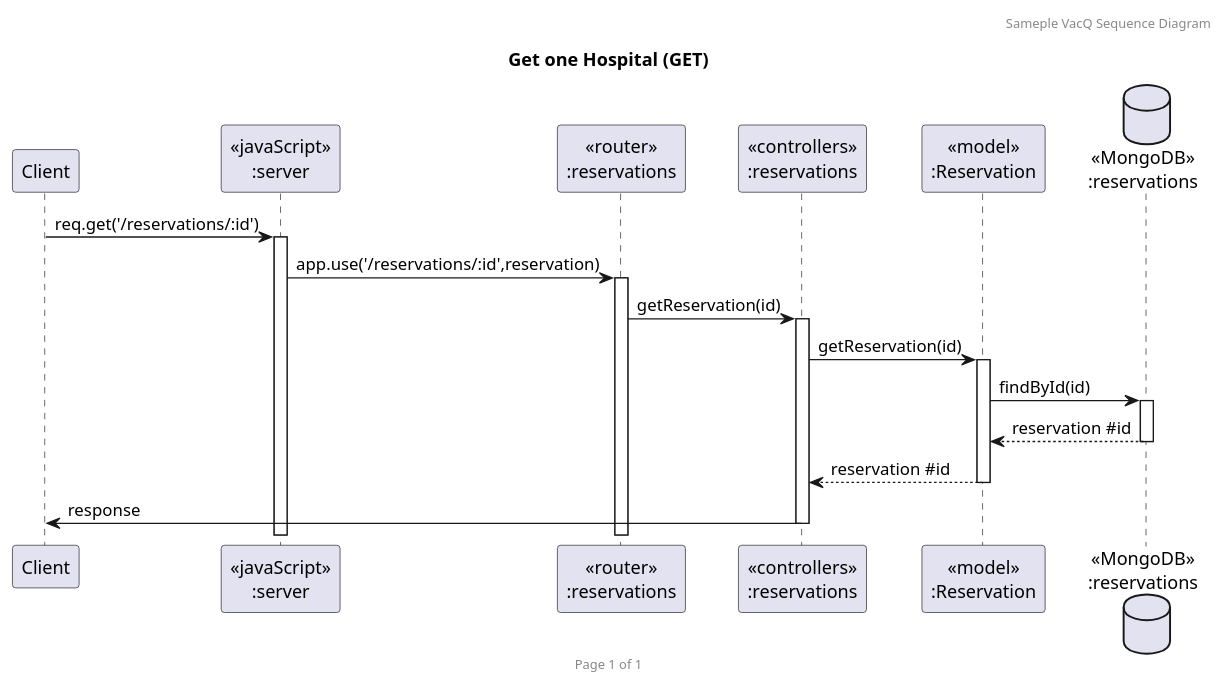
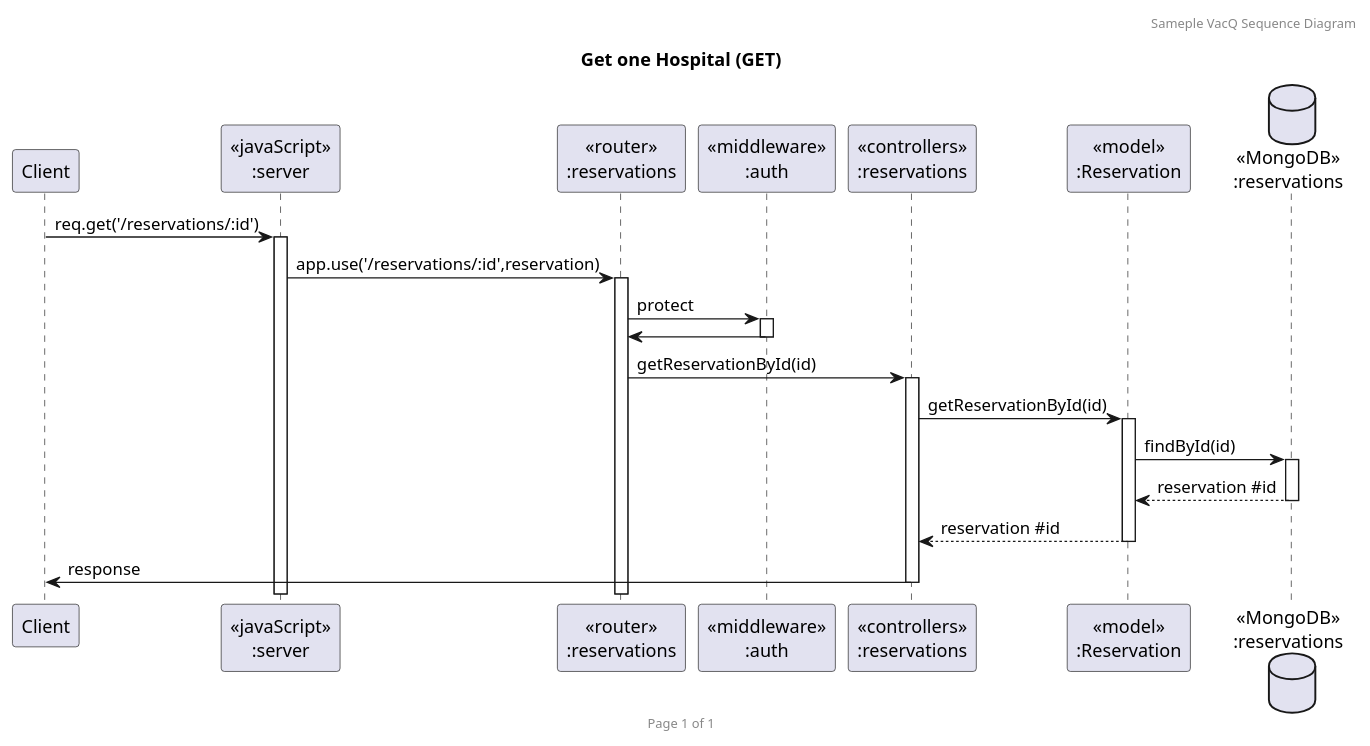
The diagram in uml/coWorking_reservation_getone.puml (GavinITP/co-working-space-reservation), drawn with PlantUML before and after one commit. The commit also changed 4 other files, not shown here.

Commit message:
reservation sequence fix

```diff
--- a/uml/coWorking_reservation_getone.puml
+++ b/uml/coWorking_reservation_getone.puml
@@ -1,23 +1,26 @@
 @startuml Get one Hospital (GET)
 
 header Sameple VacQ Sequence Diagram
 footer Page %page% of %lastpage%
 title "Get one Hospital (GET)"
 
 participant "Client" as client
 participant "<<javaScript>>\n:server" as server
 participant "<<router>>\n:reservations" as routerReservation
+participant "<<middleware>>\n:auth" as middleware
 participant "<<controllers>>\n:reservations" as controllersReservation
 participant "<<model>>\n:Reservation" as modelReservation
 database "<<MongoDB>>\n:reservations" as ReservationDatabase
 
 client->server ++:req.get('/reservations/:id')
 server->routerReservation ++:app.use('/reservations/:id',reservation)
-routerReservation -> controllersReservation ++:getReservation(id)
-controllersReservation->modelReservation ++:getReservation(id)
+routerReservation -> middleware ++: protect
+middleware -> routerReservation --: 
+routerReservation -> controllersReservation ++:getReservationById(id)
+controllersReservation->modelReservation ++:getReservationById(id)
 modelReservation ->ReservationDatabase ++: findById(id)
 ReservationDatabase --> modelReservation --: reservation #id
 controllersReservation <-- modelReservation --: reservation #id
 controllersReservation->client --:response
 
 @enduml
```
